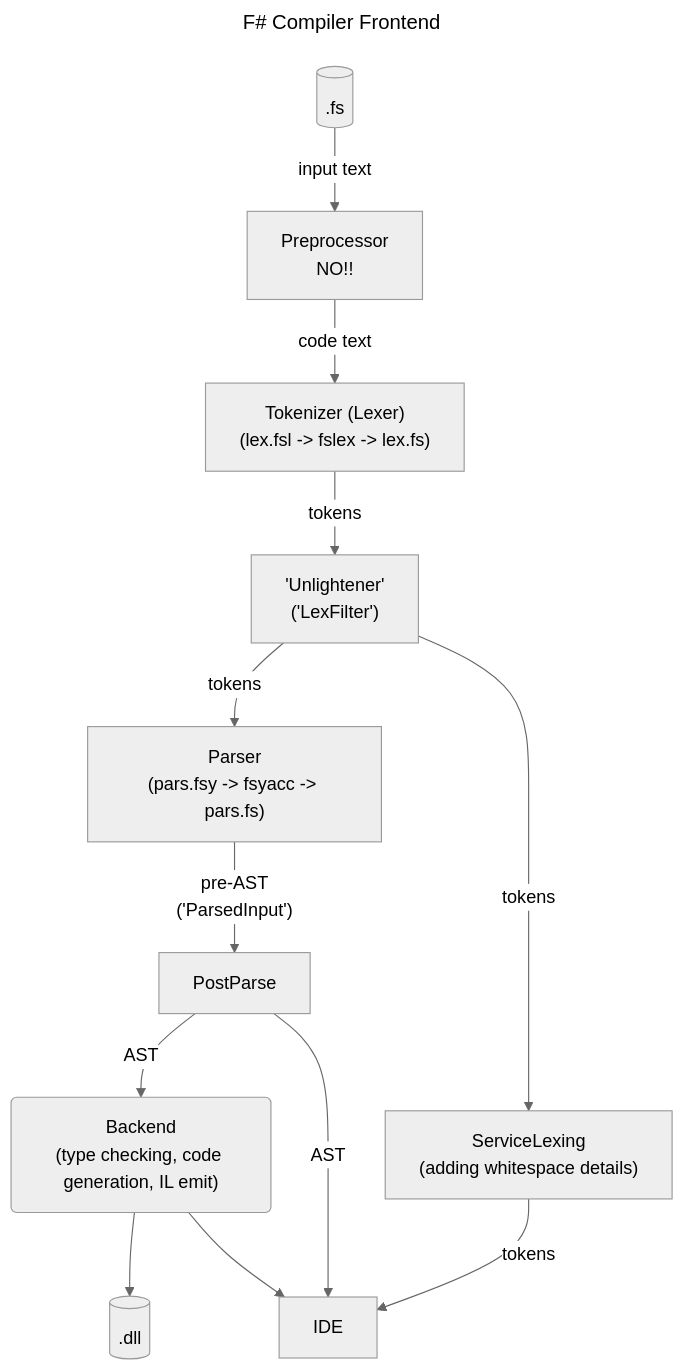
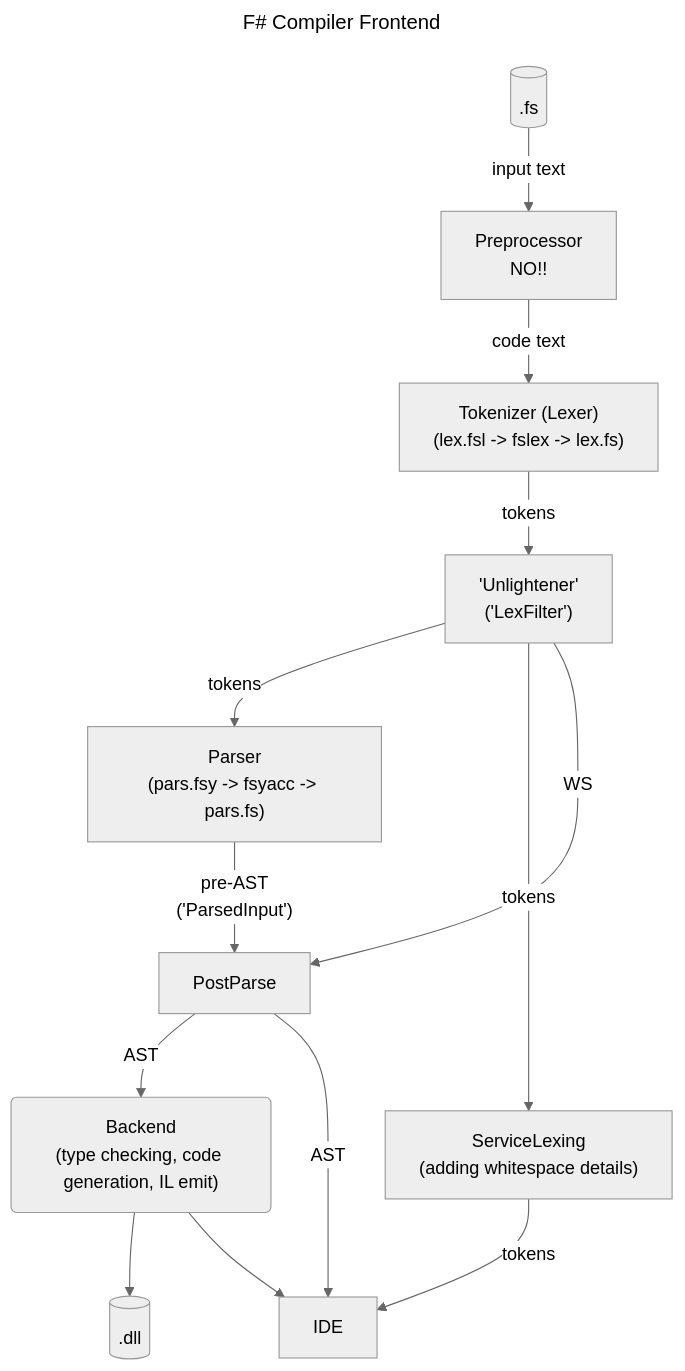
One commit to Martin521/Review18049 changed the diagram in CompilerFlowChart.md. Above: the diagram before and after it, drawn with Mermaid (neutral theme). The commit also changed 1 other file, not shown here.

````diff
--- a/CompilerFlowChart.md
+++ b/CompilerFlowChart.md
@@ -1,32 +1,33 @@
 ```mermaid
 ---
 title: F# Compiler Frontend
 ---
 graph TB
   A[(.fs)]
     -- input text --> 
   Pre["`Preprocessor
     NO!!`"]
     -- code text -->
   T["`Tokenizer (Lexer)
     (lex.fsl -> fslex -> lex.fs)`"]
     -- tokens -->
   U["`'Unlightener'
     ('LexFilter')`"]
     -- tokens -->
   P["`Parser
     (pars.fsy -> fsyacc -> pars.fs)`"]
     -- "`pre-AST
     ('ParsedInput')`" -->
   PostParse -- AST -->
   B("`Backend
     (type checking, code generation, IL emit)`")
     --> E[(.dll)]
   U -- tokens -->
   S["`ServiceLexing
     (adding whitespace details)`"]
     -- tokens -->
   IDE
   B --> IDE
   PostParse -- AST --> IDE
+  U -- WS --> PostParse
 ```
````
